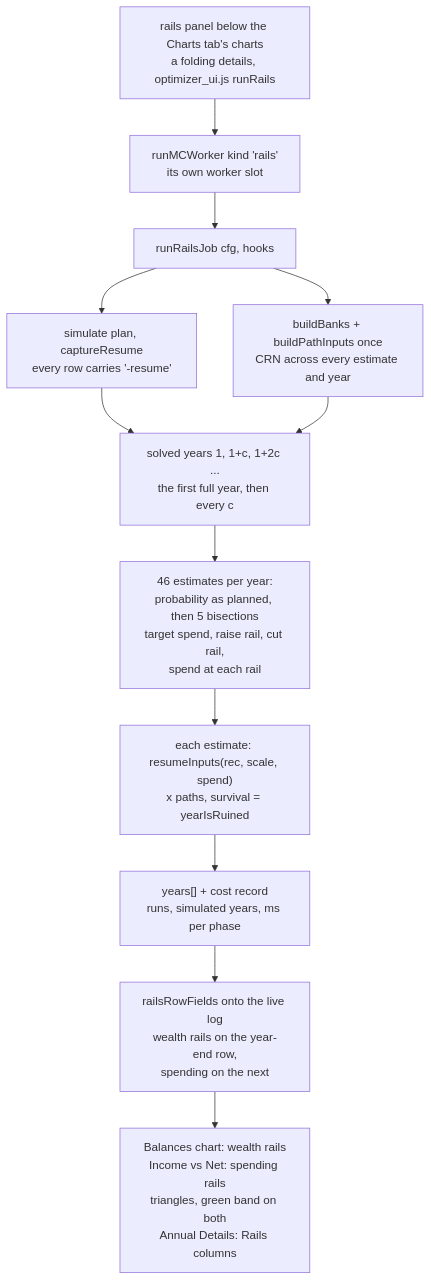
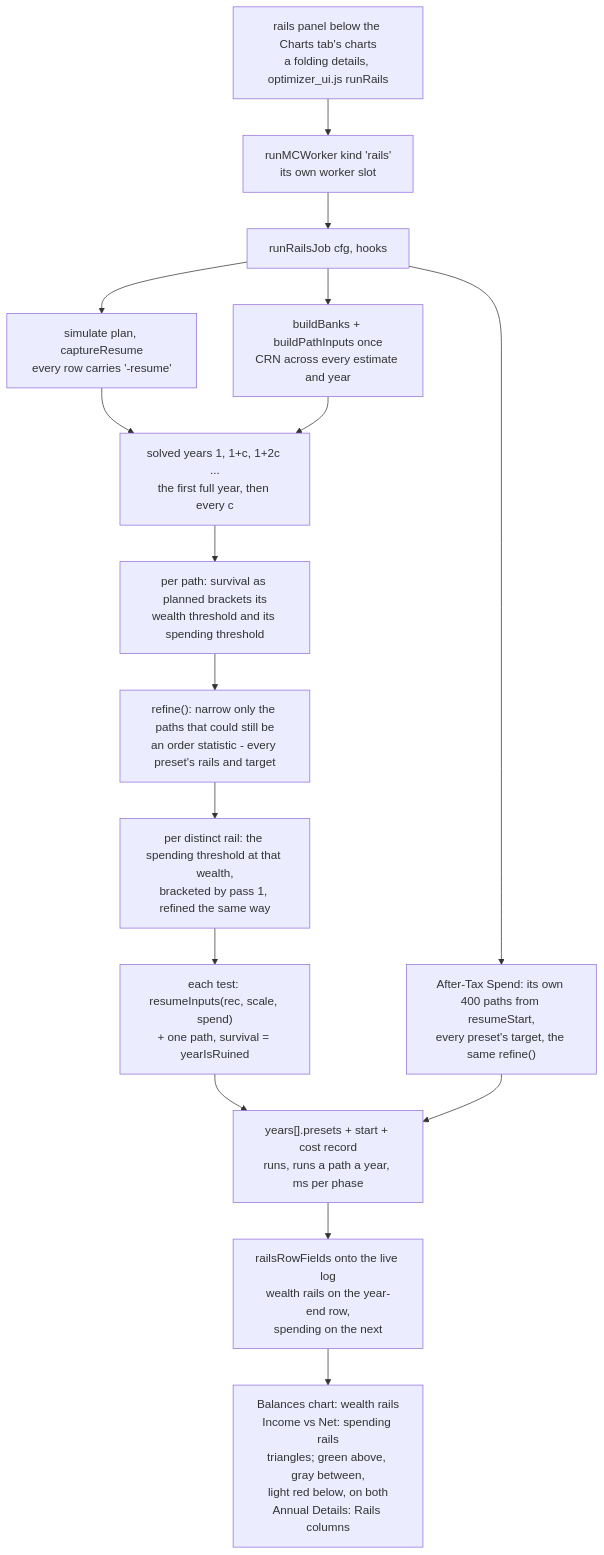
One commit to nightskyguy/retirement_assets changed the ninth of 9 diagrams in ARCHITECTURE.md. Above: the diagram before and after it, drawn with Mermaid. The commit also changed other lines of this file and 20 other files, not shown here.

First line of the commit message:
Risk-based rails for everyone: every preset at once, an After-Tax Spend answer, GBM default; income charts leave out saved money (P128 round 4, P129, P130)

````diff
--- a/ARCHITECTURE.md
+++ b/ARCHITECTURE.md
@@ -480,14 +480,18 @@
 ```mermaid
 flowchart TD
     PANEL["rails panel below the Charts tab's charts<br/>a folding details, optimizer_ui.js runRails"] --> CTL["runMCWorker kind 'rails'<br/>its own worker slot"]
     CTL --> JOB["runRailsJob cfg, hooks"]
     JOB --> SPINE["simulate plan, captureResume<br/>every row carries '-resume'"]
     JOB --> BANKS["buildBanks + buildPathInputs once<br/>CRN across every estimate and year"]
     SPINE --> YEARS["solved years 1, 1+c, 1+2c ...<br/>the first full year, then every c"]
     BANKS --> YEARS
-    YEARS --> POS["46 estimates per year:<br/>probability as planned, then 5 bisections<br/>target spend, raise rail, cut rail,<br/>spend at each rail"]
-    POS --> EST["each estimate: resumeInputs(rec, scale, spend)<br/>x paths, survival = yearIsRuined"]
-    EST --> MSG["years[] + cost record<br/>runs, simulated years, ms per phase"]
+    YEARS --> POS["per path: survival as planned brackets its<br/>wealth threshold and its spending threshold"]
+    POS --> REF["refine(): narrow only the paths that could still be<br/>an order statistic - every preset's rails and target"]
+    REF --> RS["per distinct rail: the spending threshold at that wealth,<br/>bracketed by pass 1, refined the same way"]
+    RS --> EST["each test: resumeInputs(rec, scale, spend)<br/>+ one path, survival = yearIsRuined"]
+    JOB --> START["After-Tax Spend: its own 400 paths from resumeStart,<br/>every preset's target, the same refine()"]
+    EST --> MSG["years[].presets + start + cost record<br/>runs, runs a path a year, ms per phase"]
+    START --> MSG
     MSG --> MERGE["railsRowFields onto the live log<br/>wealth rails on the year-end row,<br/>spending on the next"]
-    MERGE --> DRAW["Balances chart: wealth rails<br/>Income vs Net: spending rails<br/>triangles, green band on both<br/>Annual Details: Rails columns"]
+    MERGE --> DRAW["Balances chart: wealth rails<br/>Income vs Net: spending rails<br/>triangles; green above, gray between,<br/>light red below, on both<br/>Annual Details: Rails columns"]
 ```
````
